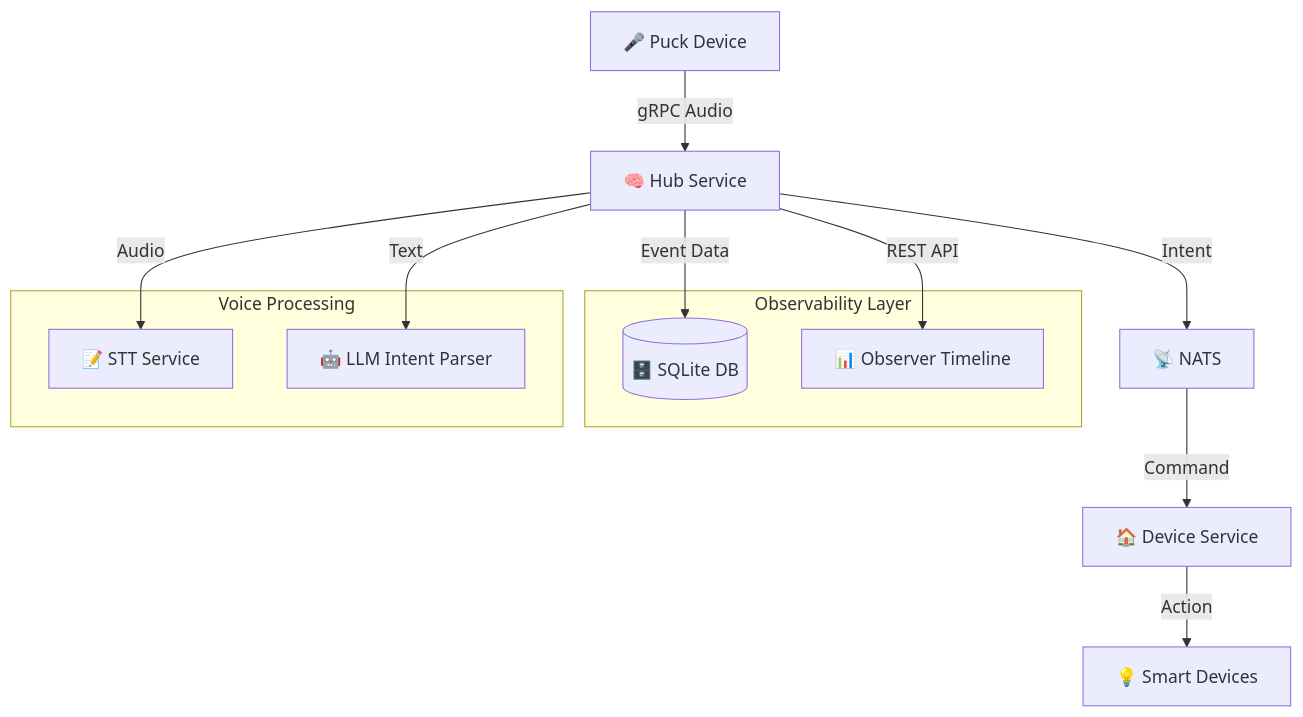
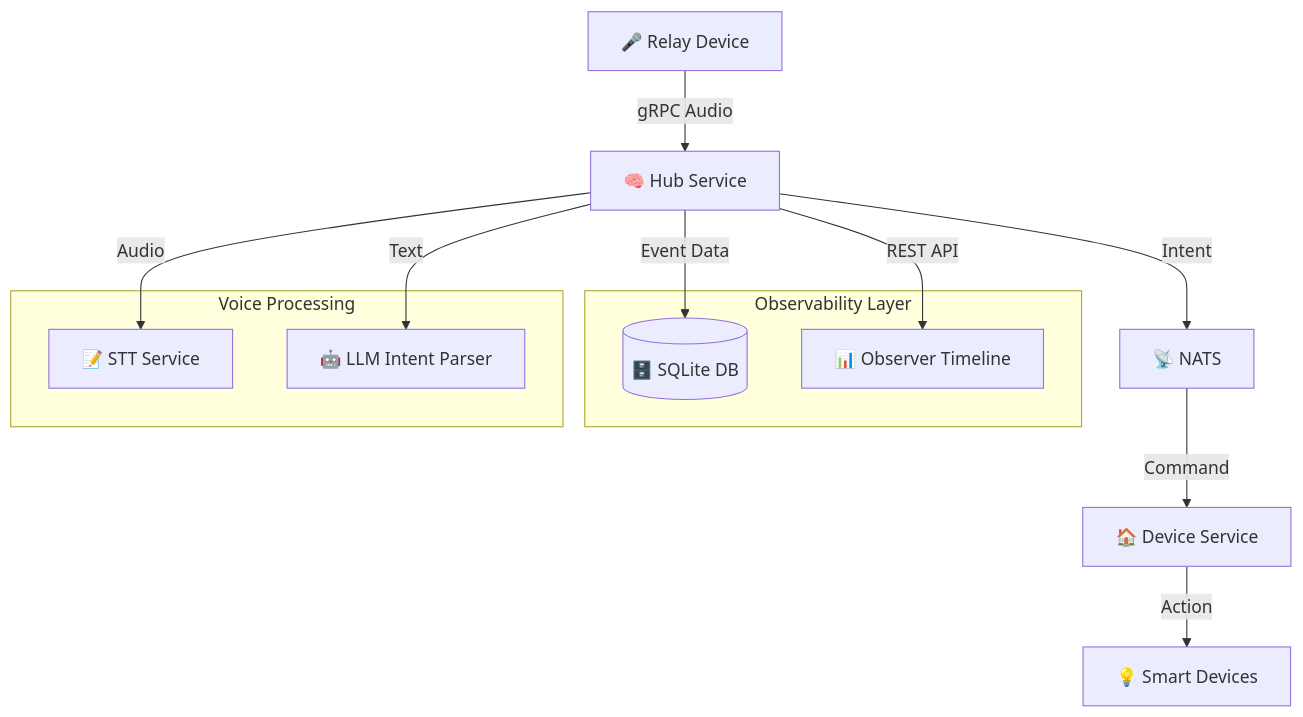
Before and after one commit to loqalabs/loqa: the diagram in docs/architecture.md, drawn with Mermaid. The commit also changed other lines of this file and 22 other files, not shown here.

Commit message:
Rename puck terminology to relay across documentation and configuration

````diff
--- a/docs/architecture.md
+++ b/docs/architecture.md
@@ -45,21 +45,21 @@
 ```mermaid
 graph TB
-    P[🎤 Puck Device] -->|gRPC Audio| H[🧠 Hub Service]
+    P[🎤 Relay Device] -->|gRPC Audio| H[🧠 Hub Service]
     H -->|Audio| W[📝 STT Service]
     H -->|Text| L[🤖 LLM Intent Parser]
     H -->|Event Data| DB[(🗄️ SQLite DB)]
     H -->|REST API| UI[📊 Observer Timeline]
     H -->|Intent| N[📡 NATS]
     N -->|Command| D[🏠 Device Service]
     D -->|Action| DEVICES[💡 Smart Devices]
     
     subgraph "Observability Layer"
         DB
         UI
     end
     
     subgraph "Voice Processing"
         W
         L
     end
 ```
````
